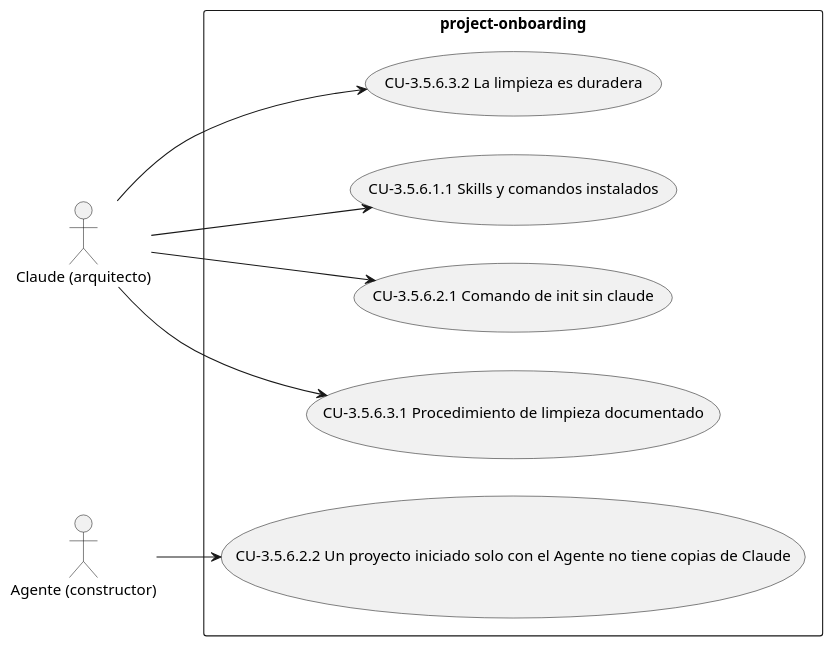
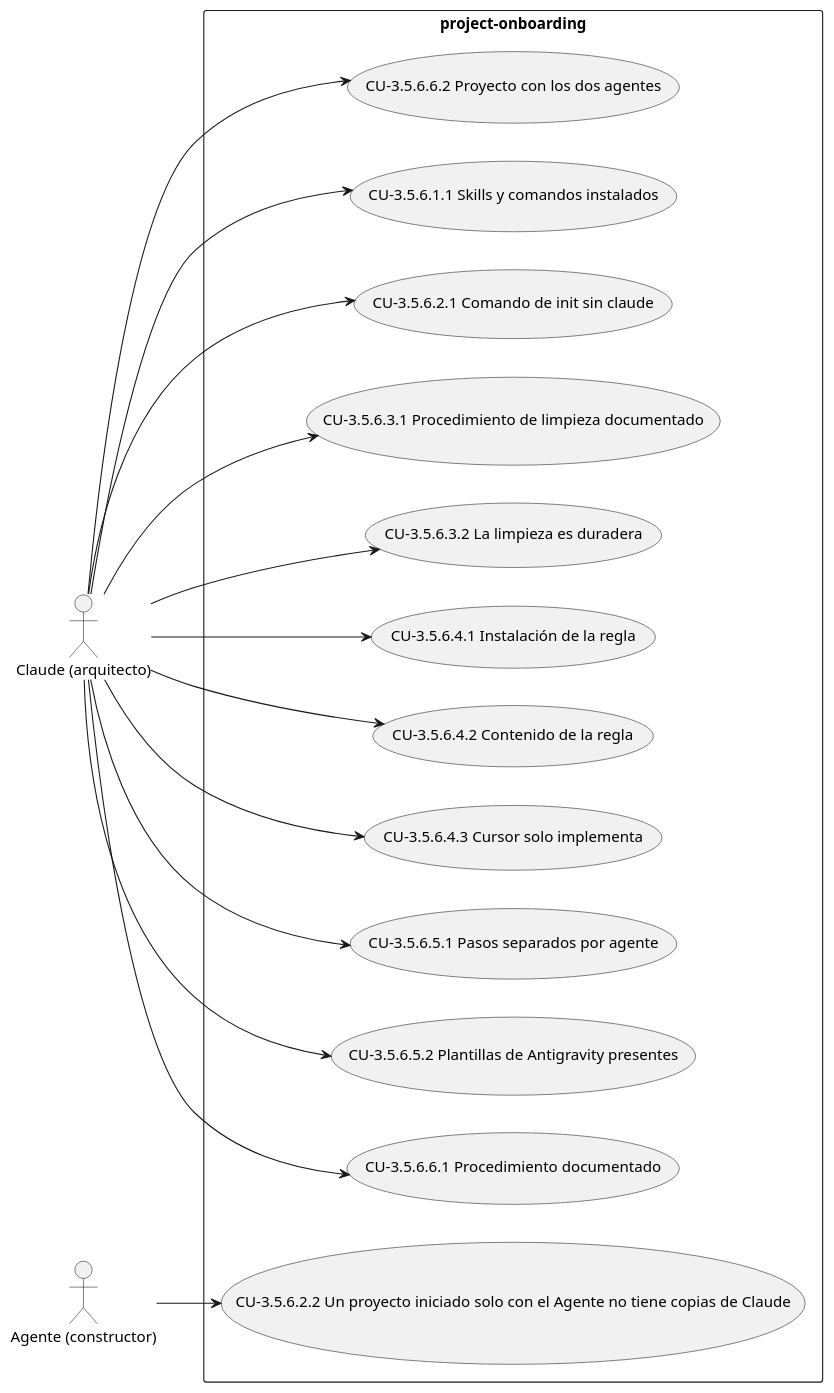
The sixth of 11 diagrams in docs/srs.md (Lautaro-Montecchiani/sdd-global-config), drawn with PlantUML before and after one commit. The commit also changed other lines of this file and 1 other file, not shown here.

````diff
--- a/docs/srs.md
+++ b/docs/srs.md
@@ -580,19 +602,33 @@
 ```plantuml
 @startuml
 left to right direction
 actor "Claude (arquitecto)" as A1
 actor "Agente (constructor)" as A2
 rectangle "project-onboarding" {
   usecase "CU-3.5.6.1.1 Skills y comandos instalados" as UC_3_5_6_1_1
   usecase "CU-3.5.6.2.1 Comando de init sin claude" as UC_3_5_6_2_1
   usecase "CU-3.5.6.2.2 Un proyecto iniciado solo con el Agente no tiene copias de Claude" as UC_3_5_6_2_2
   usecase "CU-3.5.6.3.1 Procedimiento de limpieza documentado" as UC_3_5_6_3_1
   usecase "CU-3.5.6.3.2 La limpieza es duradera" as UC_3_5_6_3_2
+  usecase "CU-3.5.6.4.1 Instalación de la regla" as UC_3_5_6_4_1
+  usecase "CU-3.5.6.4.2 Contenido de la regla" as UC_3_5_6_4_2
+  usecase "CU-3.5.6.4.3 Cursor solo implementa" as UC_3_5_6_4_3
+  usecase "CU-3.5.6.5.1 Pasos separados por agente" as UC_3_5_6_5_1
+  usecase "CU-3.5.6.5.2 Plantillas de Antigravity presentes" as UC_3_5_6_5_2
+  usecase "CU-3.5.6.6.1 Procedimiento documentado" as UC_3_5_6_6_1
+  usecase "CU-3.5.6.6.2 Proyecto con los dos agentes" as UC_3_5_6_6_2
 }
 A1 --> UC_3_5_6_1_1
 A1 --> UC_3_5_6_2_1
 A2 --> UC_3_5_6_2_2
 A1 --> UC_3_5_6_3_1
 A1 --> UC_3_5_6_3_2
+A1 --> UC_3_5_6_4_1
+A1 --> UC_3_5_6_4_2
+A1 --> UC_3_5_6_4_3
+A1 --> UC_3_5_6_5_1
+A1 --> UC_3_5_6_5_2
+A1 --> UC_3_5_6_6_1
+A1 --> UC_3_5_6_6_2
 @enduml
 ```
````
